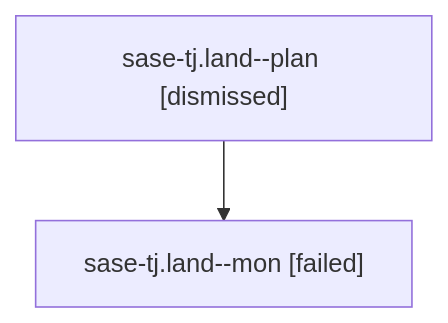
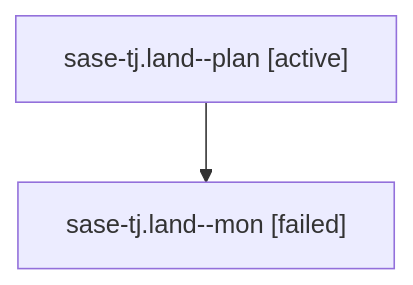
Before and after one commit to sase-org/sase--agents: the diagram in families/bbugyi200.athena.sase-tj.land.md, drawn with Mermaid. The commit also changed other lines of this file and 35830 other files, not shown here.

````diff
--- a/families/bbugyi200.athena.sase-tj.land.md
+++ b/families/bbugyi200.athena.sase-tj.land.md
@@ -9,6 +9,6 @@
 ```mermaid
 flowchart TD
-  n0["sase-tj.land--plan [dismissed]"]
+  n0["sase-tj.land--plan [active]"]
   n1["sase-tj.land--mon [failed]"]
   n0 --> n1
 ```
````
